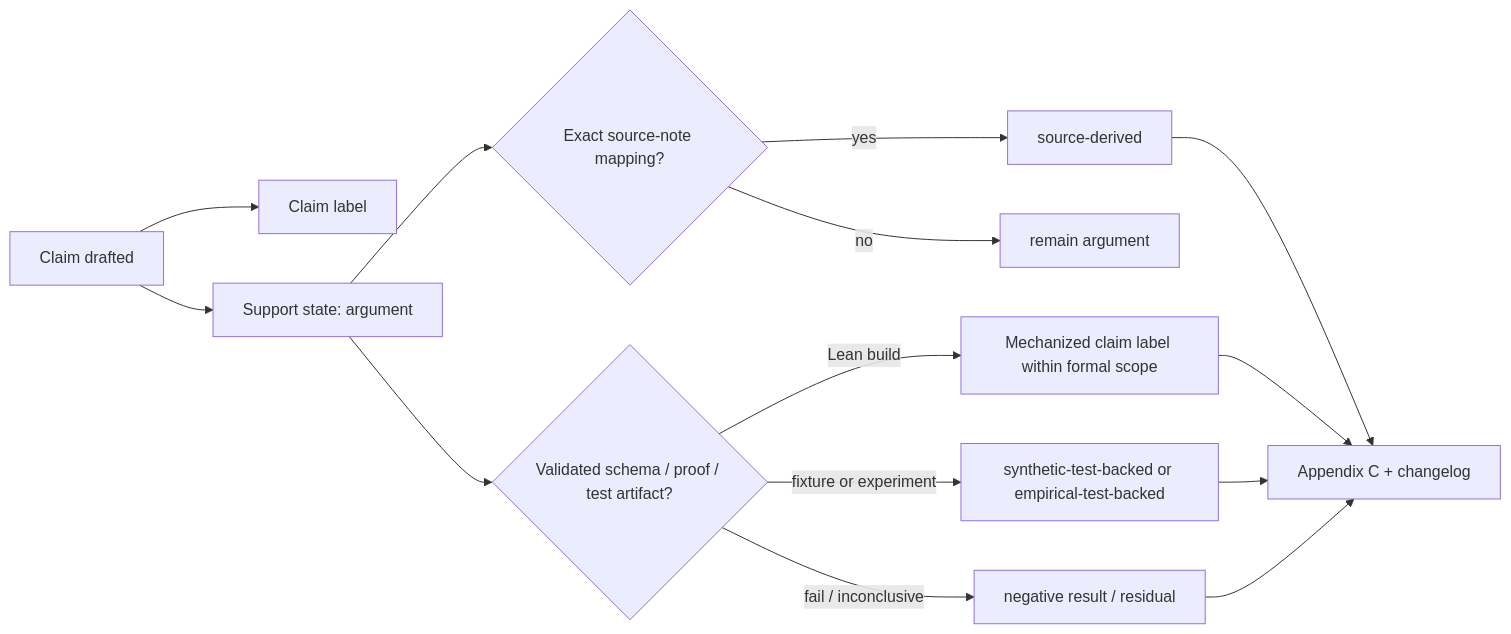
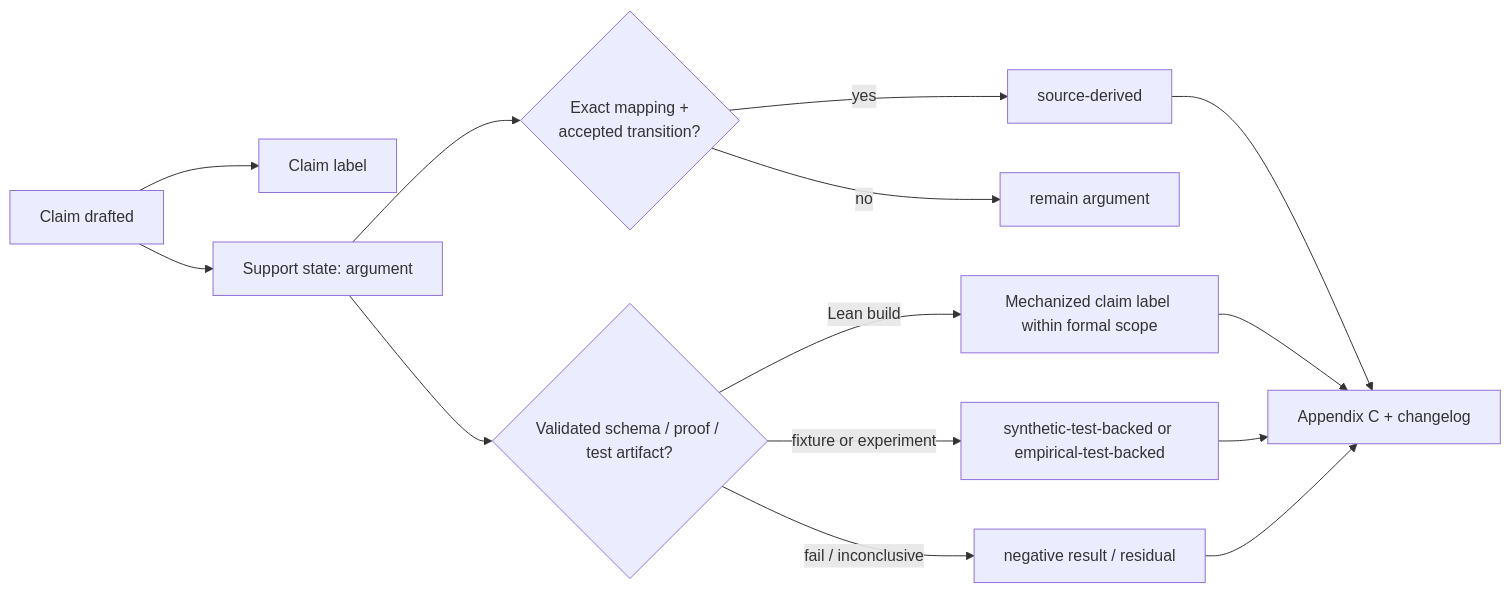
The diagram in chapters/evidence-states-and-claim-discipline.qmd (corbensorenson/asi-stack-book), drawn with Mermaid before and after one commit. The commit also changed other lines of this file and 5 other files, not shown here.

````diff
--- a/chapters/evidence-states-and-claim-discipline.qmd
+++ b/chapters/evidence-states-and-claim-discipline.qmd
@@ -81,16 +83,16 @@
 ```{mermaid}
 flowchart LR
   A["Claim drafted"] --> B["Claim label"]
   A --> C["Support state: argument"]
-  C --> D{"Exact source-note mapping?"}
+  C --> D{"Exact mapping +<br/>accepted transition?"}
   D -- "yes" --> E["source-derived"]
   C --> F{"Validated schema / proof / test artifact?"}
   F -- "Lean build" --> G["Mechanized claim label within formal scope"]
   F -- "fixture or experiment" --> H["synthetic-test-backed or empirical-test-backed"]
   D -- "no" --> I["remain argument"]
   F -- "fail / inconclusive" --> J["negative result / residual"]
   E --> K["Appendix C + changelog"]
   G --> K
   H --> K
   J --> K
 ```
````
